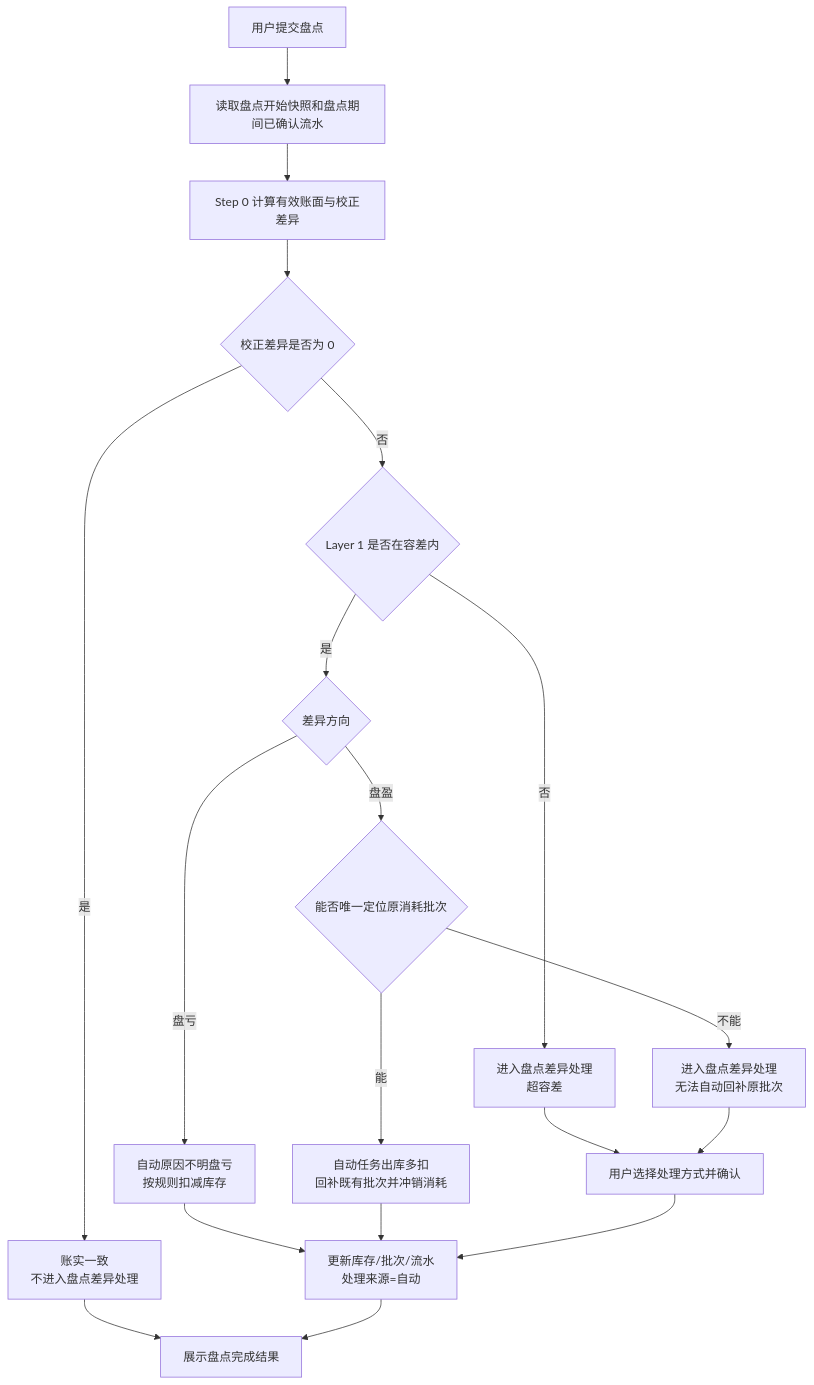
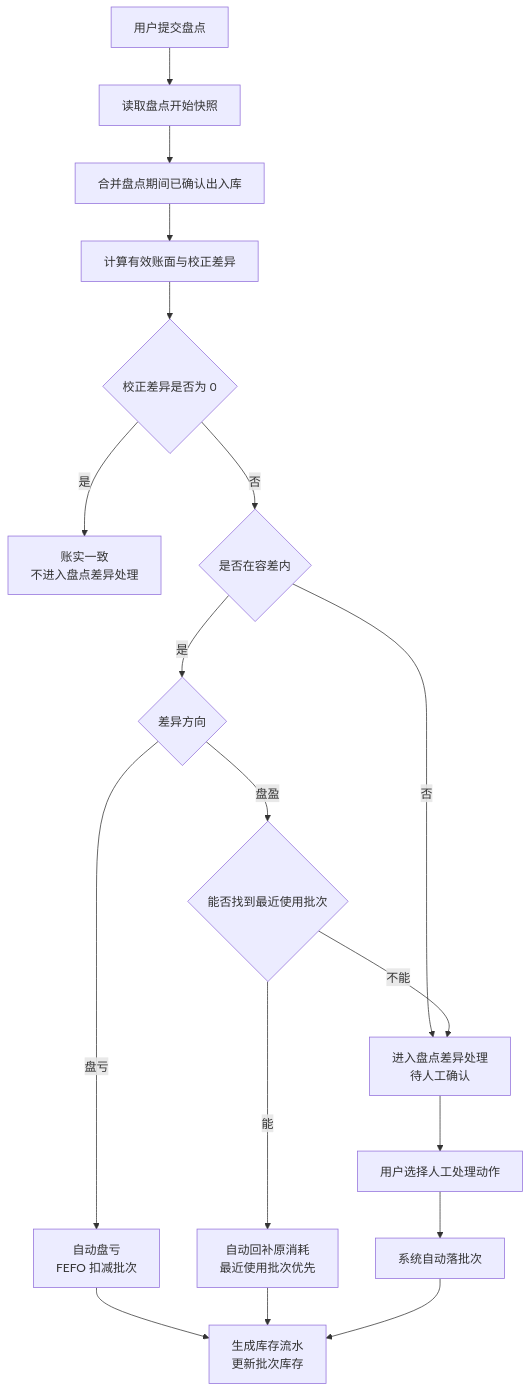
One commit to 91Dhua/Vaccine changed the diagram in prds/inventory/02-盘点差异自动处理规则.md. Above: the diagram before and after it, drawn with Mermaid. The commit also changed other lines of this file and 30 other files, not shown here.

````diff
--- a/prds/inventory/02-盘点差异自动处理规则.md
+++ b/prds/inventory/02-盘点差异自动处理规则.md
@@ -58,21 +45,20 @@
 ```mermaid
 flowchart TD
-  A[用户提交盘点] --> B[读取盘点开始快照和盘点期间已确认流水]
-  B --> C[Step 0 计算有效账面与校正差异]
-  C --> D{校正差异是否为 0}
-  D -->|是| E[账实一致<br/>不进入盘点差异处理]
-  D -->|否| F{Layer 1 是否在容差内}
-  F -->|否| K[进入盘点差异处理<br/>超容差]
-  F -->|是| G{差异方向}
-  G -->|盘亏| H[自动原因不明盘亏<br/>按规则扣减库存]
-  G -->|盘盈| I{能否唯一定位原消耗批次}
-  I -->|能| J[自动任务出库多扣<br/>回补既有批次并冲销消耗]
-  I -->|不能| K2[进入盘点差异处理<br/>无法自动回补原批次]
-  H --> P[更新库存/批次/流水<br/>处理来源=自动]
-  J --> P
-  E --> T[展示盘点完成结果]
-  P --> T
-  K --> U[用户选择处理方式并确认]
-  K2 --> U
-  U --> P
+  A[用户提交盘点] --> B[读取盘点开始快照]
+  B --> C[合并盘点期间已确认出入库]
+  C --> D[计算有效账面与校正差异]
+  D --> E{校正差异是否为 0}
+  E -->|是| F[账实一致<br/>不进入盘点差异处理]
+  E -->|否| G{是否在容差内}
+  G -->|否| H[进入盘点差异处理<br/>待人工确认]
+  G -->|是| I{差异方向}
+  I -->|盘亏| J[自动盘亏<br/>FEFO 扣减批次]
+  I -->|盘盈| K{能否找到最近使用批次}
+  K -->|能| L[自动回补原消耗<br/>最近使用批次优先]
+  K -->|不能| H
+  J --> M[生成库存流水<br/>更新批次库存]
+  L --> M
+  H --> N[用户选择人工处理动作]
+  N --> O[系统自动落批次]
+  O --> M
 ```
````
